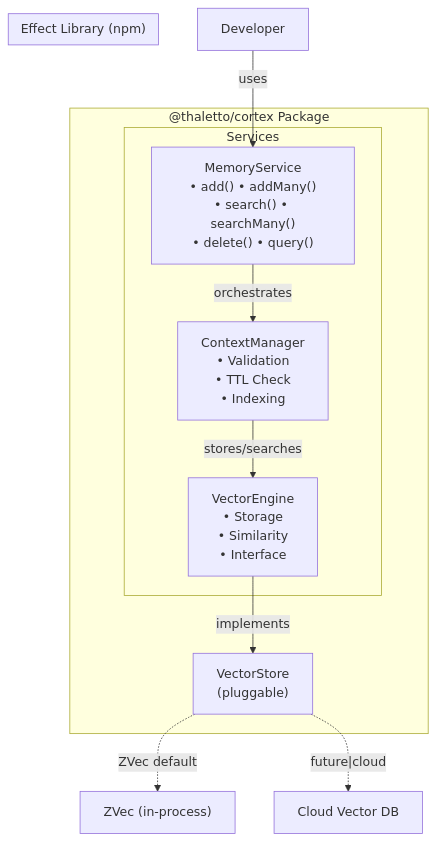
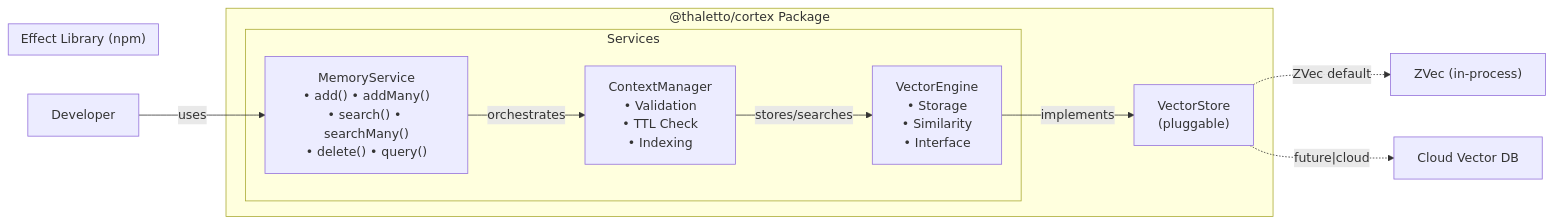
Before and after one commit to thaletto/thaletto-jobs: the first of 2 diagrams in docs/prd.md, drawn with Mermaid.

Commit message:
docs: change diagram orientation to LR

````diff
--- a/docs/prd.md
+++ b/docs/prd.md
@@ -54,22 +54,22 @@
 ```mermaid
-flowchart TB
+flowchart LR
     subgraph Effect["Effect Library (npm)"]
     end
 
     subgraph Cortex["@thaletto/cortex Package"]
         subgraph Services["Services"]
             MS["MemoryService\n• add() • addMany()\n• search() • searchMany()\n• delete() • query()"]
             CM["ContextManager\n• Validation\n• TTL Check\n• Indexing"]
             VE["VectorEngine\n• Storage\n• Similarity\n• Interface"]
         end
 
         VS["VectorStore\n(pluggable)"]
     end
 
     Developer -->|"uses"| MS
     MS -->|"orchestrates"| CM
     CM -->|"stores/searches"| VE
     VE -->|"implements"| VS
     VS -.->|"ZVec default"| ZV["ZVec (in-process)"]
     VS -.->|"future|cloud"| Cloud["Cloud Vector DB"]
 ```
````
